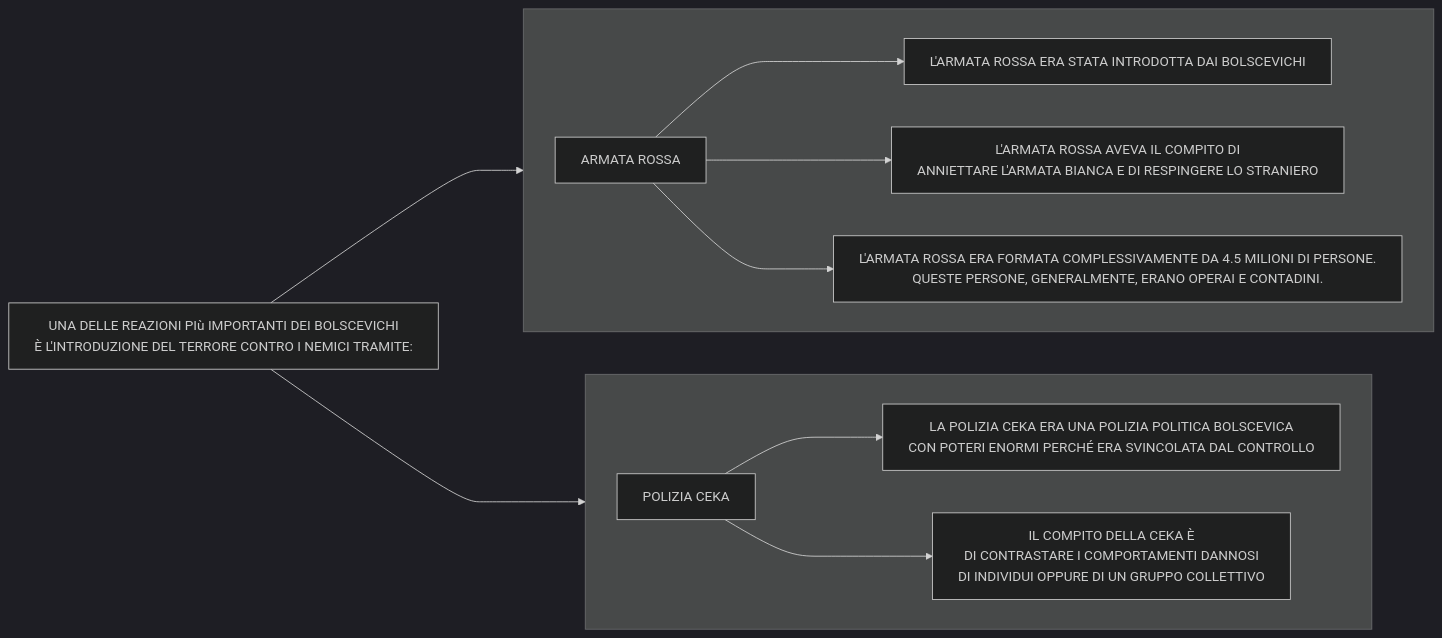
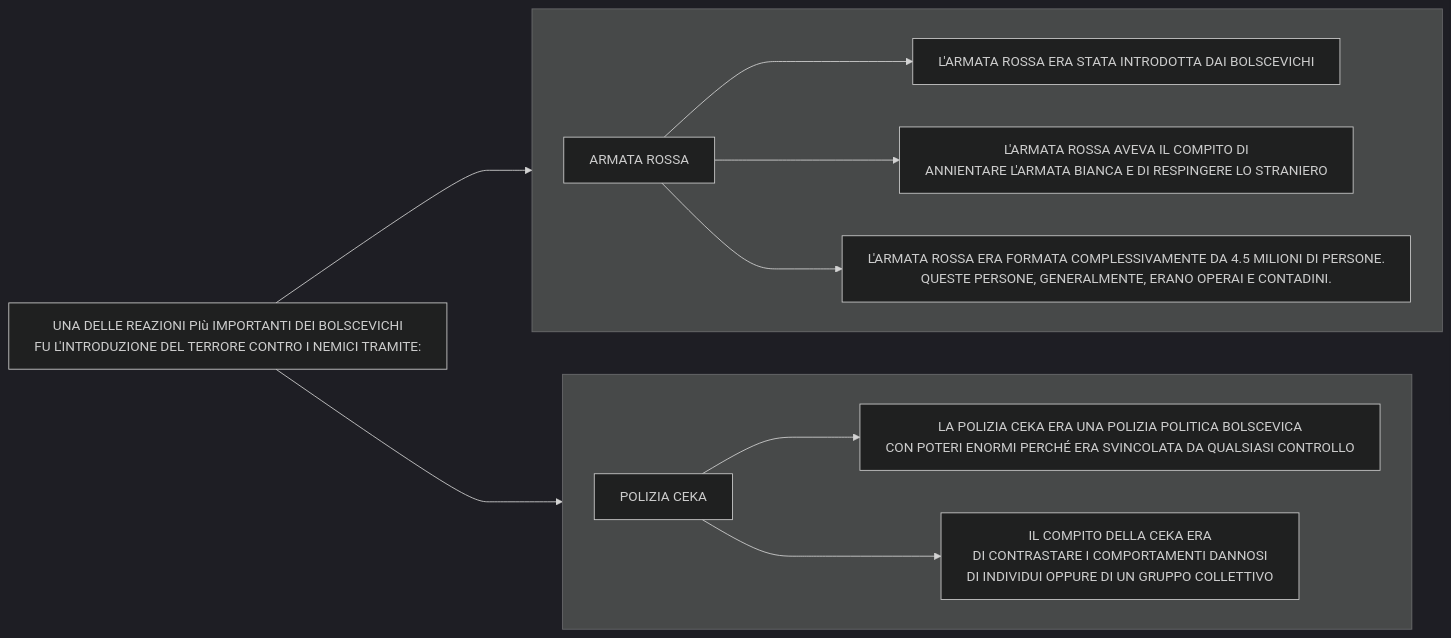
Before and after one commit to Laaouatni/ricerca-storia-MermaidJS: the eighth of 22 diagrams in stalinismoRiscrittura.md, drawn with Mermaid (dark theme).

````diff
--- a/stalinismoRiscrittura.md
+++ b/stalinismoRiscrittura.md
@@ -139,21 +139,21 @@
 ```mermaid
 %%{init: { "flowchart": { "wrappingWidth": 800 } }}%%
 flowchart LR
-  0[UNA DELLE REAZIONI PIù IMPORTANTI DEI BOLSCEVICHI <br> È L'INTRODUZIONE DEL TERRORE CONTRO I NEMICI TRAMITE:]
+  0[UNA DELLE REAZIONI PIù IMPORTANTI DEI BOLSCEVICHI <br> FU L'INTRODUZIONE DEL TERRORE CONTRO I NEMICI TRAMITE:]
   subgraph 1[" "]
     direction LR
     10[ARMATA ROSSA]
     11[L'ARMATA ROSSA ERA STATA INTRODOTTA DAI BOLSCEVICHI]
-    12[L'ARMATA ROSSA AVEVA IL COMPITO DI <br>ANNIETTARE L'ARMATA BIANCA E DI RESPINGERE LO STRANIERO]
+    12[L'ARMATA ROSSA AVEVA IL COMPITO DI <br>ANNIENTARE L'ARMATA BIANCA E DI RESPINGERE LO STRANIERO]
     13[L'ARMATA ROSSA ERA FORMATA COMPLESSIVAMENTE DA 4.5 MILIONI DI PERSONE. <br> QUESTE PERSONE, GENERALMENTE, ERANO OPERAI E CONTADINI.]
     10 ---> 11 & 12 & 13
   end
   subgraph 2[" "]
     direction LR
     20 ---> 21 & 22
     20[POLIZIA CEKA]
-    21[LA POLIZIA CEKA ERA UNA POLIZIA POLITICA BOLSCEVICA <br>CON POTERI ENORMI PERCHÉ ERA SVINCOLATA DAL CONTROLLO]
-    22[IL COMPITO DELLA CEKA È <br>DI CONTRASTARE I COMPORTAMENTI DANNOSI <br> DI INDIVIDUI OPPURE DI UN GRUPPO COLLETTIVO]
+    21[LA POLIZIA CEKA ERA UNA POLIZIA POLITICA BOLSCEVICA <br>CON POTERI ENORMI PERCHÉ ERA SVINCOLATA DA QUALSIASI CONTROLLO]
+    22[IL COMPITO DELLA CEKA ERA <br>DI CONTRASTARE I COMPORTAMENTI DANNOSI <br> DI INDIVIDUI OPPURE DI UN GRUPPO COLLETTIVO]
   end
   0 ---> 1 & 2
 ```
````
